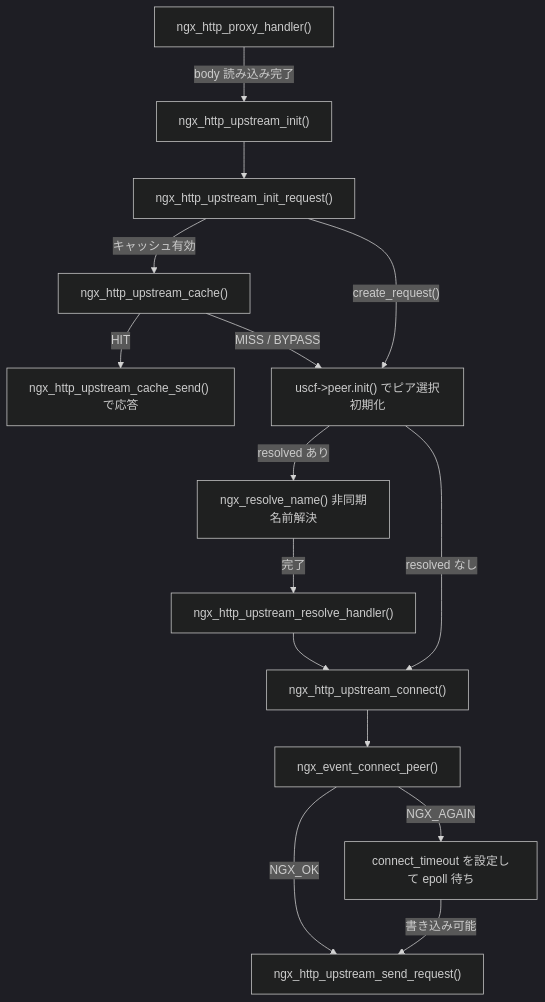
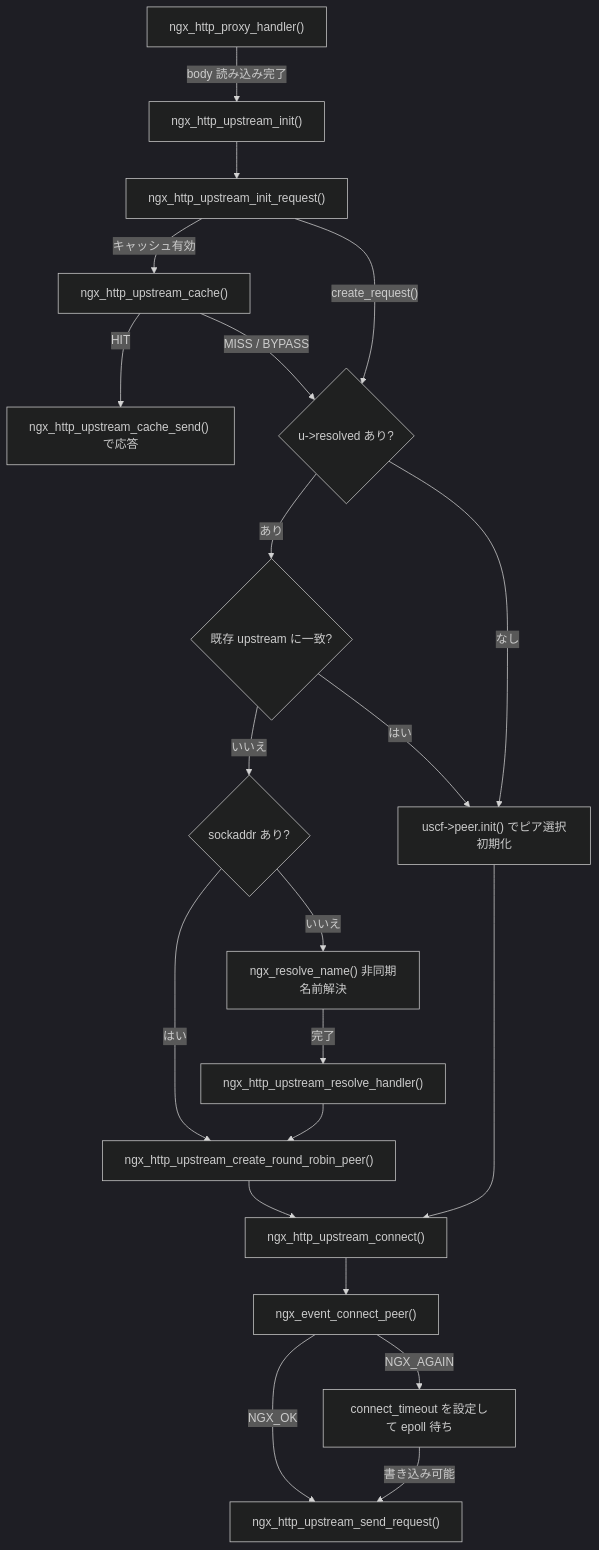
The first of 2 diagrams in nginx/part04-upstream/13-upstream-mechanism.md (miyamadoKL/source-code-reading), drawn with Mermaid (dark theme) before and after one commit. The commit also changed other lines of this file and 8 other files, not shown here.

Commit message:
nginx: codex レビュー指摘の修正(タイマー判定、upstream resolved 分岐、キャッシュキーの説明ほか11件)

````diff
--- a/nginx/part04-upstream/13-upstream-mechanism.md
+++ b/nginx/part04-upstream/13-upstream-mechanism.md
@@ -198,17 +201,23 @@
 ```mermaid
 graph TD
     A["ngx_http_proxy_handler()"] -->|"body 読み込み完了"| B["ngx_http_upstream_init()"]
     B --> C["ngx_http_upstream_init_request()"]
     C -->|"キャッシュ有効"| D["ngx_http_upstream_cache()"]
     D -->|"HIT"| D2["ngx_http_upstream_cache_send() で応答"]
     D -->|"MISS / BYPASS"| E
-    C -->|"create_request()"| E["uscf->peer.init() でピア選択初期化"]
-    E -->|"resolved あり"| F["ngx_resolve_name() 非同期名前解決"]
-    F -->|"完了"| F2["ngx_http_upstream_resolve_handler()"]
-    F2 --> G
-    E -->|"resolved なし"| G["ngx_http_upstream_connect()"]
-    G --> H["ngx_event_connect_peer()"]
-    H -->|"NGX_OK"| I["ngx_http_upstream_send_request()"]
-    H -->|"NGX_AGAIN"| I2["connect_timeout を設定して epoll 待ち"]
-    I2 -->|"書き込み可能"| I
+    C -->|"create_request()"| E{"u->resolved あり?"}
+    E -->|"あり"| F{"既存 upstream に一致?"}
+    F -->|"はい"| G["uscf->peer.init() でピア選択初期化"]
+    F -->|"いいえ"| H{"sockaddr あり?"}
+    H -->|"はい"| I["ngx_http_upstream_create_round_robin_peer()"]
+    H -->|"いいえ"| J["ngx_resolve_name() 非同期名前解決"]
+    J -->|"完了"| K["ngx_http_upstream_resolve_handler()"]
+    K --> I
+    I --> L["ngx_http_upstream_connect()"]
+    G --> L
+    E -->|"なし"| G
+    L --> M["ngx_event_connect_peer()"]
+    M -->|"NGX_OK"| N["ngx_http_upstream_send_request()"]
+    M -->|"NGX_AGAIN"| O["connect_timeout を設定して epoll 待ち"]
+    O -->|"書き込み可能"| N
 ```
````
